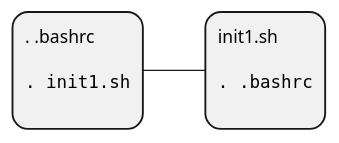
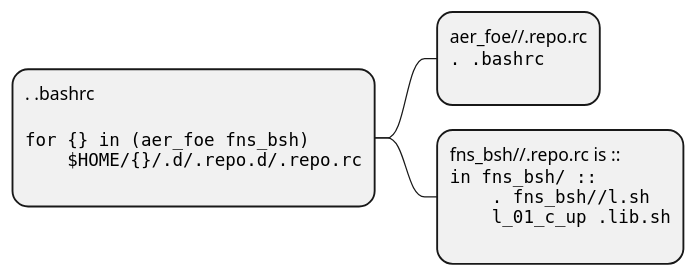
Before and after one commit to legioner9/aer_foe: the diagram in .d/.this/init1.puml, drawn with PlantUML.

```diff
--- a/.d/.this/init1.puml
+++ b/.d/.this/init1.puml
@@ -1,14 +1,21 @@
 @startmindmap
 *:. .bashrc
 
 <code>
-. init1.sh
+for {} in (aer_foe fns_bsh)
+    $HOME/{}/.d/.repo.d/.repo.rc
 </code>
 ;
-**:init1.sh
-
+**:aer_foe//.repo.rc
 <code>
 . .bashrc
 </code>
 ;
+**:fns_bsh//.repo.rc is ::
+<code>
+in fns_bsh/ ::
+    . fns_bsh//l.sh
+    l_01_c_up .lib.sh
+</code>
+;
 @endmindmap
```
